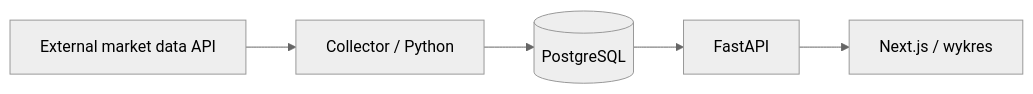
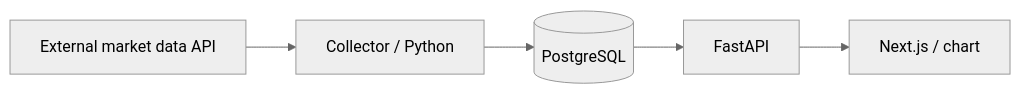
One commit to maciejrum/marketpulse changed the first of 2 diagrams in docs/architecture.md. Above: the diagram before and after it, drawn with Mermaid (neutral theme). The commit also changed other lines of this file and 2 other files, not shown here.

````diff
--- a/docs/architecture.md
+++ b/docs/architecture.md
@@ -20,7 +20,7 @@
 ```mermaid
 flowchart LR
     Provider[External market data API] --> Collector[Collector / Python]
     Collector --> DB[(PostgreSQL)]
     DB --> API[FastAPI]
-    API --> Frontend[Next.js / wykres]
+    API --> Frontend[Next.js / chart]
 ```
````
